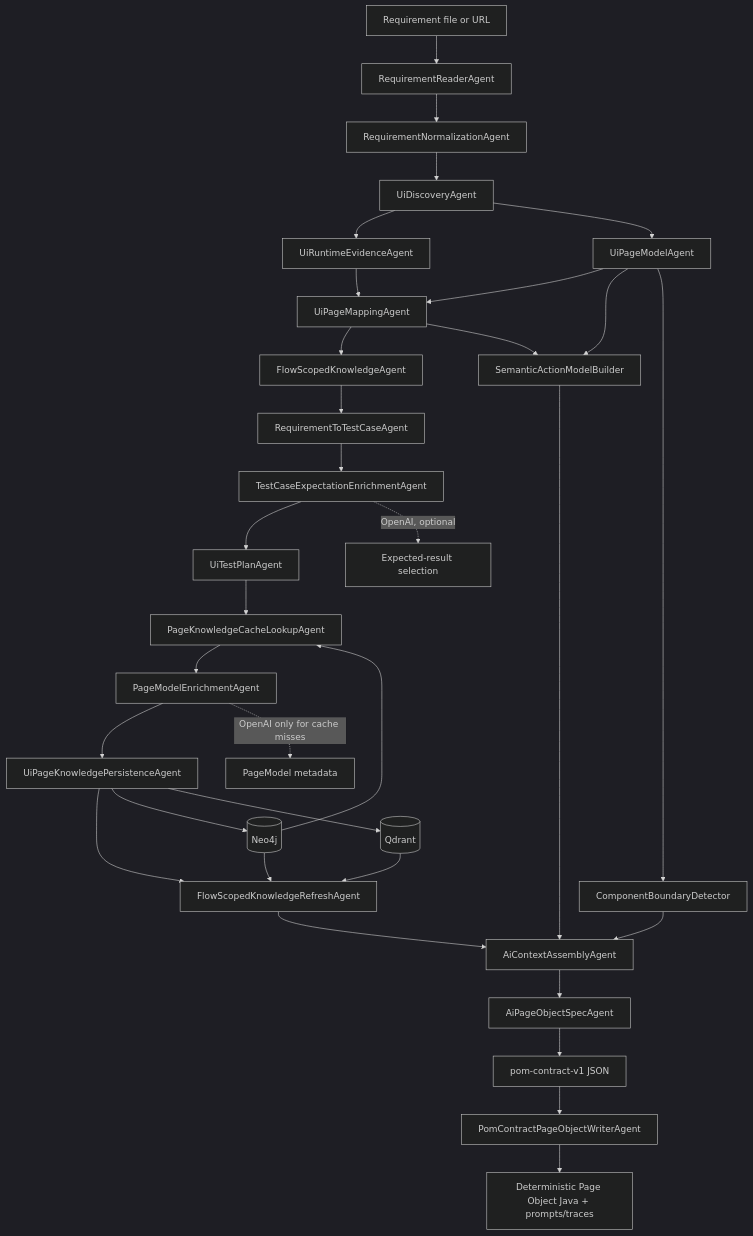
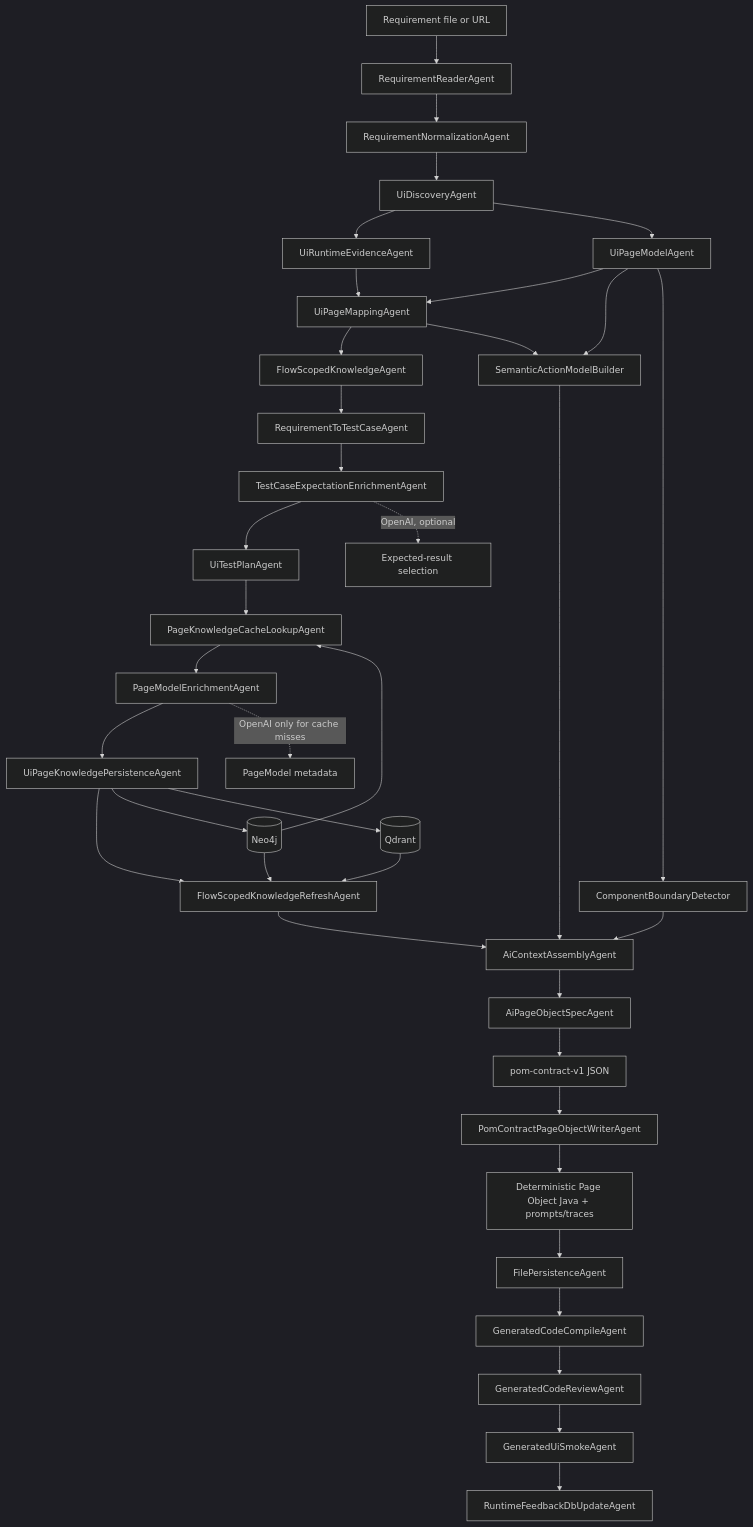
One commit to PKrasytskyi/AQAI changed the first of 5 diagrams in docs/CURRENT_AI_UI_ARCHITECTURE.md. Above: the diagram before and after it, drawn with Mermaid (dark theme). The commit also changed other lines of this file and 5 other files, not shown here.

````diff
--- a/docs/CURRENT_AI_UI_ARCHITECTURE.md
+++ b/docs/CURRENT_AI_UI_ARCHITECTURE.md
@@ -20,36 +20,41 @@
 ```mermaid
 flowchart TD
     A[Requirement file or URL] --> B[RequirementReaderAgent]
     B --> C[RequirementNormalizationAgent]
     C --> D[UiDiscoveryAgent]
     D --> RE[UiRuntimeEvidenceAgent]
     D --> E[UiPageModelAgent]
     RE --> F[UiPageMappingAgent]
     E --> F
     F --> G[FlowScopedKnowledgeAgent]
     G --> H[RequirementToTestCaseAgent]
     H --> I[TestCaseExpectationEnrichmentAgent]
     I --> J[UiTestPlanAgent]
     J --> K[PageKnowledgeCacheLookupAgent]
     K --> L[PageModelEnrichmentAgent]
     L --> M[UiPageKnowledgePersistenceAgent]
     M --> N[FlowScopedKnowledgeRefreshAgent]
     N --> O[AiContextAssemblyAgent]
     E --> SE[SemanticActionModelBuilder]
     E --> CM[ComponentBoundaryDetector]
     F --> SE
     CM --> O
     SE --> O
     O --> P[AiPageObjectSpecAgent]
     P --> PC[pom-contract-v1 JSON]
     PC --> PW[PomContractPageObjectWriterAgent]
     PW --> S[Deterministic Page Object Java + prompts/traces]
+    S --> FS[FilePersistenceAgent]
+    FS --> CV[GeneratedCodeCompileAgent]
+    CV --> RV[GeneratedCodeReviewAgent]
+    RV --> SM[GeneratedUiSmokeAgent]
+    SM --> FB[RuntimeFeedbackDbUpdateAgent]
 
     I -. OpenAI, optional .-> AI1[Expected-result selection]
     L -. OpenAI only for cache misses .-> AI2[PageModel metadata]
     M --> Q[(Neo4j)]
     M --> R[(Qdrant)]
     Q --> K
     Q --> N
     R --> N
 ```
````
